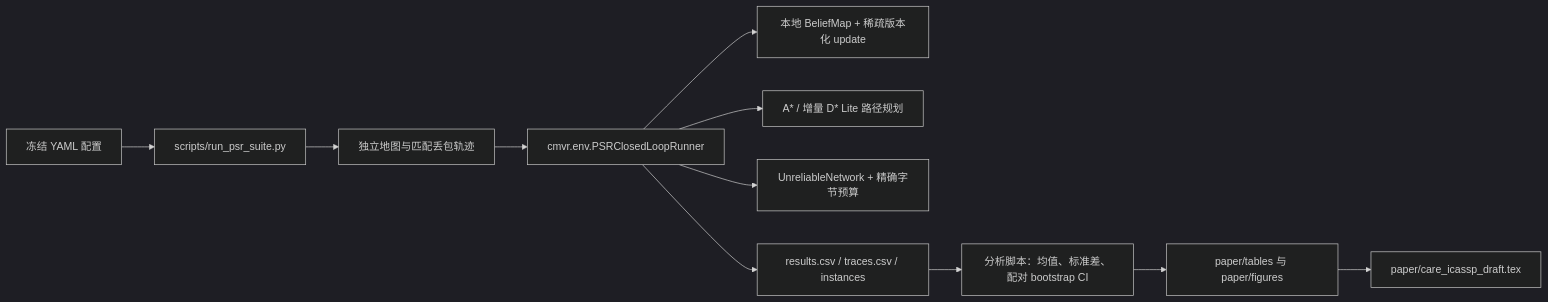
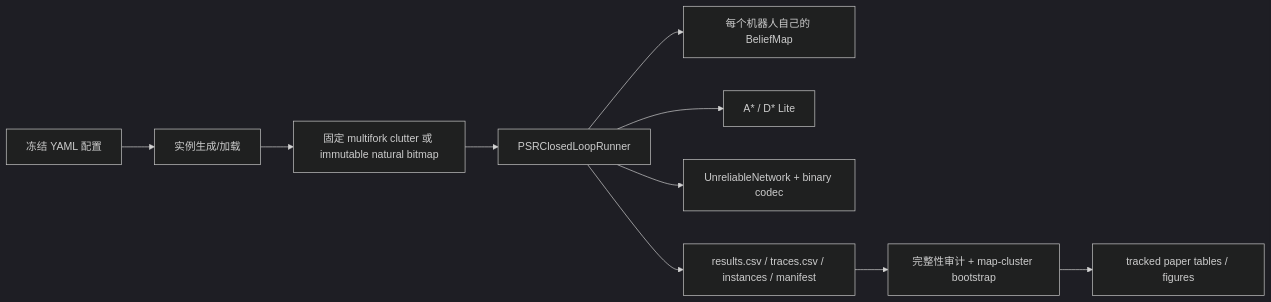
Before and after one commit to 21ning/CARE-Repair-Before-You-Decide-for-Lossy-Multi-Robot-Map-Sharing: the diagram in docs/ARCHITECTURE.md, drawn with Mermaid (dark theme). The commit also changed other lines of this file and 145 other files, not shown here.

````diff
--- a/docs/ARCHITECTURE.md
+++ b/docs/ARCHITECTURE.md
@@ -8,13 +9,12 @@
 ```mermaid
 flowchart LR
-  C[冻结 YAML 配置] --> R[scripts/run_psr_suite.py]
-  R --> I[独立地图与匹配丢包轨迹]
-  I --> E[cmvr.env.PSRClosedLoopRunner]
-  E --> M[本地 BeliefMap + 稀疏版本化 update]
-  E --> P[A* / 增量 D* Lite 路径规划]
-  E --> N[UnreliableNetwork + 精确字节预算]
-  E --> O[results.csv / traces.csv / instances]
-  O --> A[分析脚本：均值、标准差、配对 bootstrap CI]
-  A --> T[paper/tables 与 paper/figures]
-  T --> X[paper/care_icassp_draft.tex]
+  C["冻结 YAML 配置"] --> G["实例生成/加载"]
+  G --> M["固定 multifork clutter 或 immutable natural bitmap"]
+  M --> R["PSRClosedLoopRunner"]
+  R --> B["每个机器人自己的 BeliefMap"]
+  R --> P["A* / D* Lite"]
+  R --> N["UnreliableNetwork + binary codec"]
+  R --> O["results.csv / traces.csv / instances / manifest"]
+  O --> A["完整性审计 + map-cluster bootstrap"]
+  A --> T["tracked paper tables / figures"]
 ```
````
